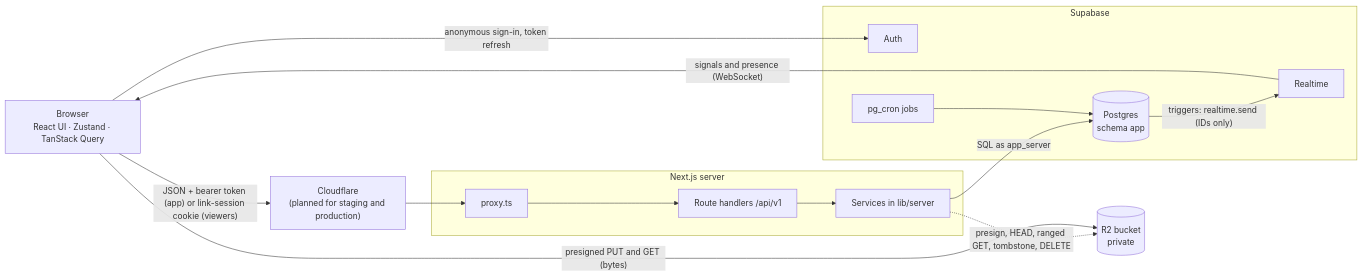
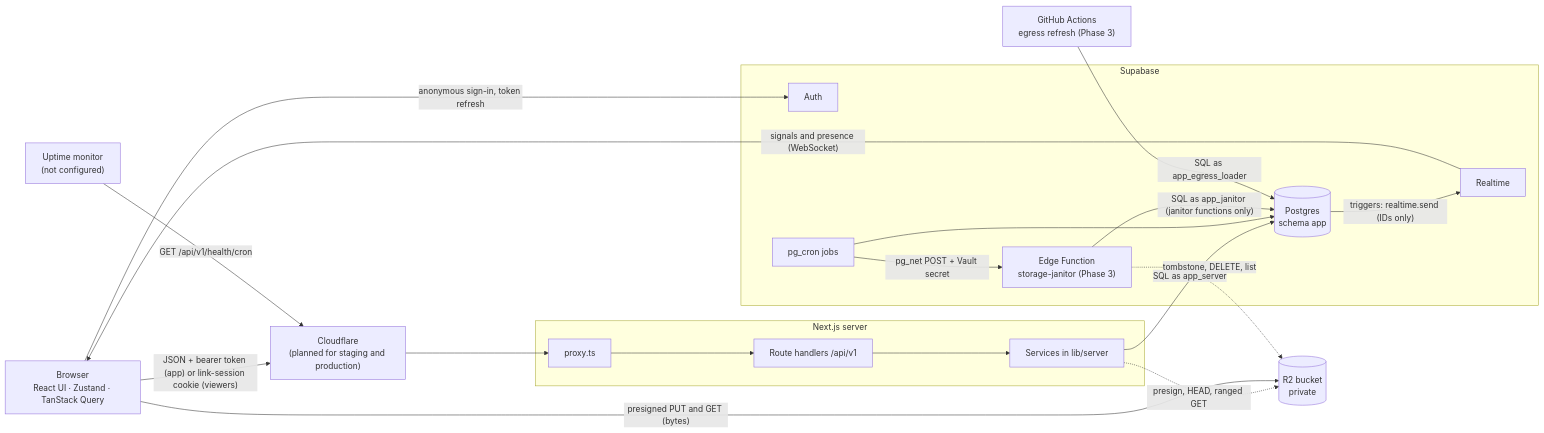
Before and after one commit to waqas-gul/local-saver: the first of 8 diagrams in project-docs-workthrough/ARCHITECTURE.md, drawn with Mermaid. The commit also changed other lines of this file and 101 other files, not shown here.

````diff
--- a/project-docs-workthrough/ARCHITECTURE.md
+++ b/project-docs-workthrough/ARCHITECTURE.md
@@ -136,26 +139,34 @@
 ```mermaid
 flowchart LR
   B["Browser<br/>React UI · Zustand · TanStack Query"]
   CF["Cloudflare<br/>(planned for staging and production)"]
   subgraph N["Next.js server"]
     P["proxy.ts"]
     API["Route handlers /api/v1"]
     S["Services in lib/server"]
   end
   subgraph SB["Supabase"]
     DB[("Postgres<br/>schema app")]
     AU["Auth"]
     RT["Realtime"]
     CR["pg_cron jobs"]
+    EF["Edge Function<br/>storage-janitor (Phase 3)"]
   end
   R2[("R2 bucket<br/>private")]
+  GH["GitHub Actions<br/>egress refresh (Phase 3)"]
+  MON["Uptime monitor<br/>(not configured)"]
 
   B -- "JSON + bearer token (app) or link-session cookie (viewers)" --> CF --> P --> API --> S
   S -- "SQL as app_server" --> DB
-  S -. "presign, HEAD, ranged GET, tombstone, DELETE" .-> R2
+  S -. "presign, HEAD, ranged GET" .-> R2
   B -- "presigned PUT and GET (bytes)" --> R2
   B -- "anonymous sign-in, token refresh" --> AU
   DB -- "triggers: realtime.send (IDs only)" --> RT
   RT -- "signals and presence (WebSocket)" --> B
   CR --> DB
+  CR -- "pg_net POST + Vault secret" --> EF
+  EF -- "SQL as app_janitor (janitor functions only)" --> DB
+  EF -. "tombstone, DELETE, list" .-> R2
+  GH -- "SQL as app_egress_loader" --> DB
+  MON -- "GET /api/v1/health/cron" --> CF
 ```
````
